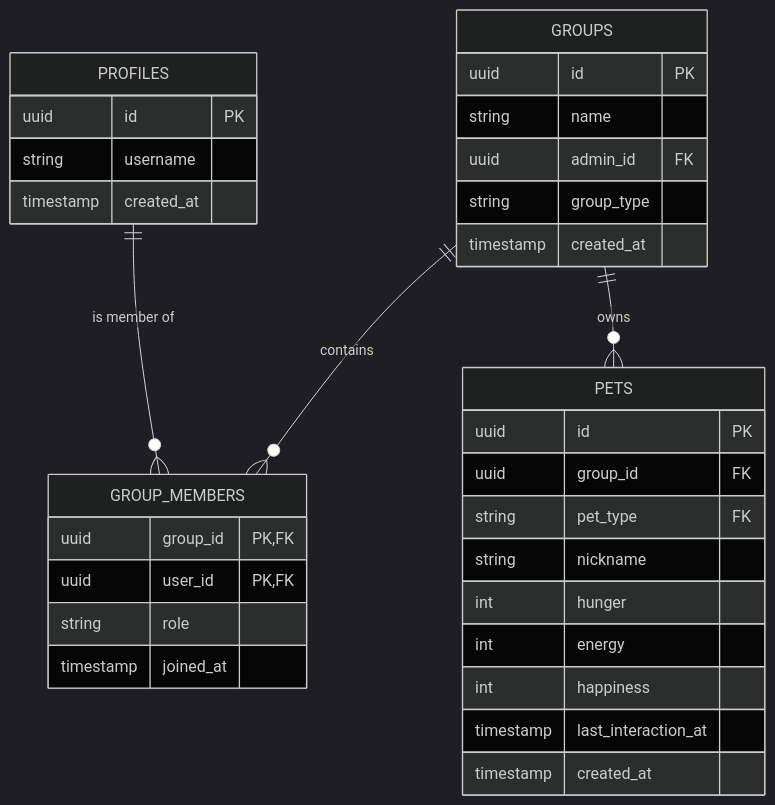
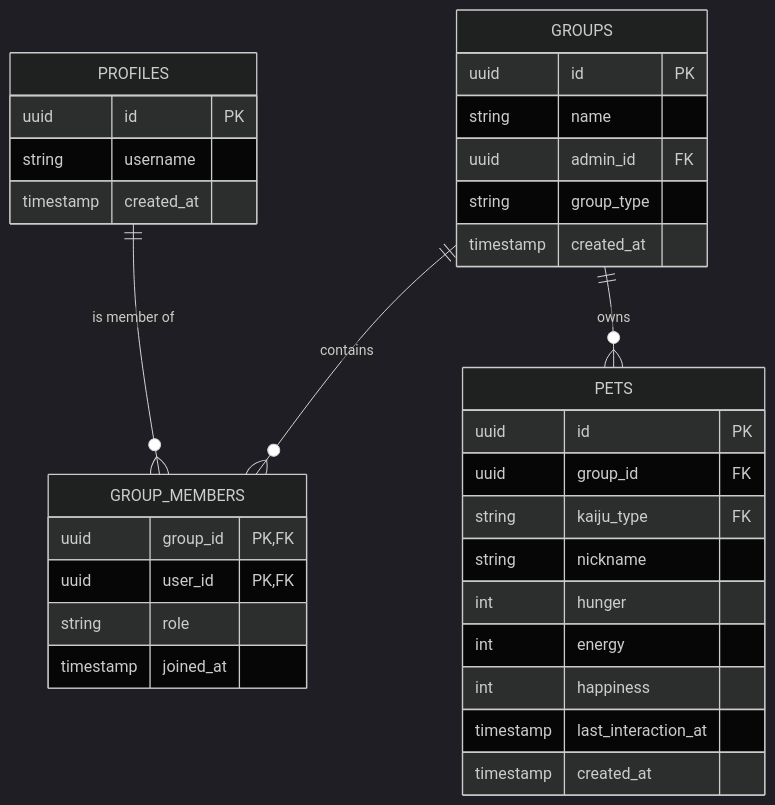
The second of 2 diagrams in Documentation/Ownership/01-ownership-model-overview.md (TheMrCorvy/HATCH.REF), drawn with Mermaid (dark theme) before and after one commit. The commit also changed other lines of this file and 47 other files, not shown here.

````diff
--- a/Documentation/Ownership/01-ownership-model-overview.md
+++ b/Documentation/Ownership/01-ownership-model-overview.md
@@ -36,39 +36,39 @@
 ```mermaid
 erDiagram
     PROFILES ||--o{ GROUP_MEMBERS : "is member of"
     GROUPS ||--o{ GROUP_MEMBERS : "contains"
     GROUPS ||--o{ PETS : "owns"
     
     PROFILES {
         uuid id PK
         string username
         timestamp created_at
     }
     
     GROUPS {
         uuid id PK
         string name
         uuid admin_id FK
         string group_type
         timestamp created_at
     }
     
     GROUP_MEMBERS {
         uuid group_id PK, FK
         uuid user_id PK, FK
         string role
         timestamp joined_at
     }
     
     PETS {
         uuid id PK
         uuid group_id FK
-        string pet_type FK
+        string kaiju_type FK
         string nickname
         int hunger
         int energy
         int happiness
         timestamp last_interaction_at
         timestamp created_at
     }
 ```
````
